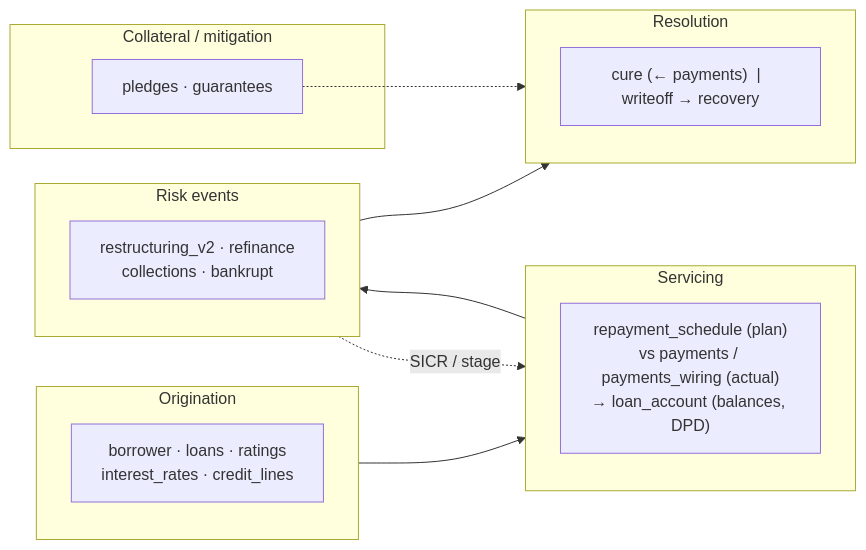
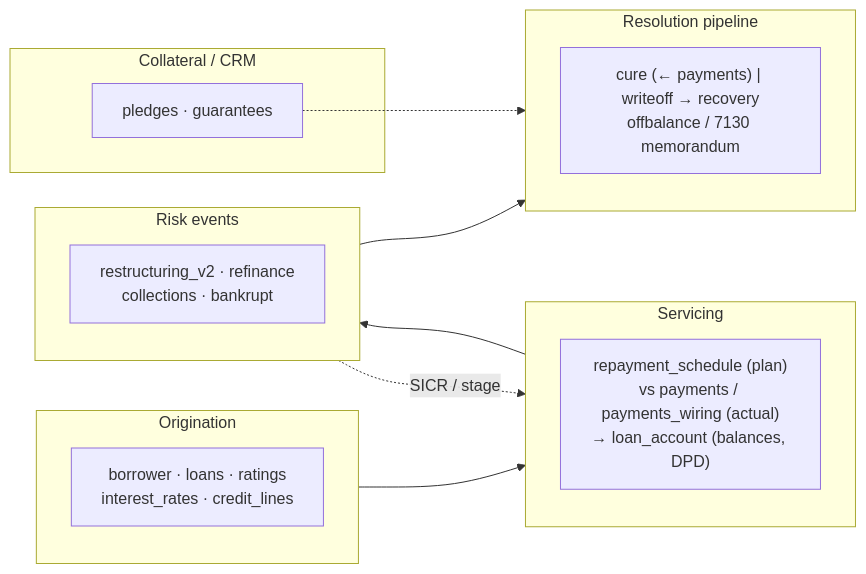
Before and after one commit to zakcination/cred_risk: the second of 2 diagrams in docs/analysis/credit_risk_knowledge_base.md, drawn with Mermaid. The commit also changed other lines of this file and 4 other files, not shown here.

````diff
--- a/docs/analysis/credit_risk_knowledge_base.md
+++ b/docs/analysis/credit_risk_knowledge_base.md
@@ -202,21 +174,21 @@
 ```mermaid
 flowchart LR
     subgraph O["Origination"]
         A["borrower · loans · ratings<br/>interest_rates · credit_lines"]
     end
-    subgraph C["Collateral / mitigation"]
-        B["pledges · guarantees"]
+    subgraph B["Collateral / CRM"]
+        C["pledges · guarantees"]
     end
     subgraph S["Servicing"]
         D["repayment_schedule (plan)<br/>vs payments / payments_wiring (actual)<br/>→ loan_account (balances, DPD)"]
     end
     subgraph E["Risk events"]
         F["restructuring_v2 · refinance<br/>collections · bankrupt"]
     end
-    subgraph R["Resolution"]
-        G["cure (← payments)  |  writeoff → recovery"]
+    subgraph R["Resolution pipeline"]
+        G["cure (← payments) | writeoff → recovery<br/>offbalance / 7130 memorandum"]
     end
     O --> S --> E --> R
-    B -.-> R
+    C -.-> R
     E -. SICR / stage .-> S
 ```
````
